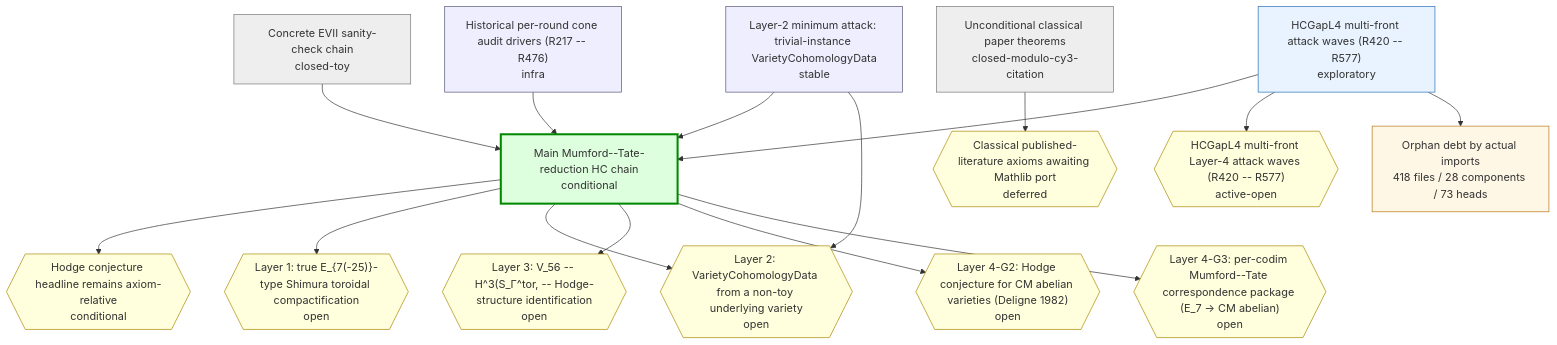
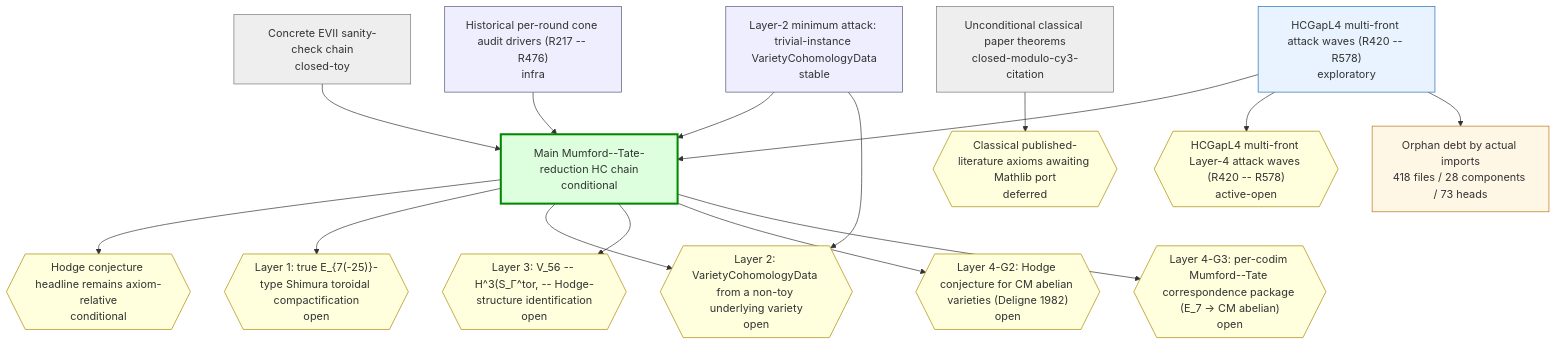
Before and after one commit to crabsatellite/hodge-conjecture-lean4-formalization: the first of 2 diagrams in chain-status/research-map.md, drawn with Mermaid. The commit also changed other lines of this file and 7 other files, not shown here.

````diff
--- a/chain-status/research-map.md
+++ b/chain-status/research-map.md
@@ -45,44 +45,44 @@
 ```mermaid
 graph TD
   classDef main fill:#dfd,stroke:#080,stroke-width:3px
   classDef active fill:#e8f3ff,stroke:#2670b8
   classDef support fill:#eef,stroke:#557
   classDef closed fill:#eee,stroke:#777
   classDef dead fill:#fdd,stroke:#a00,stroke-width:2px
   classDef gapOpen fill:#ffd,stroke:#a80
   classDef gapClosed fill:#eee,stroke:#777
   classDef gapDead fill:#fdd,stroke:#a00
   classDef debt fill:#fff7e6,stroke:#b87514
   classDef debtTaxonomy fill:#e8f3ff,stroke:#2670b8,stroke-dasharray:3 3
   classDef debtRule fill:#eefbea,stroke:#398439,stroke-dasharray:3 3
   classDef debtDead fill:#fdd,stroke:#a00,stroke-dasharray:3 3
   chain_main_hc_axiom_relative["Main Mumford--Tate-reduction HC chain\nconditional"]:::main
   chain_unconditional_classical["Unconditional classical paper theorems\nclosed-modulo-cy3-citation"]:::closed
   chain_hcgap_l2_trivial_instances["Layer-2 minimum attack: trivial-instance VarietyCohomologyData\nstable"]:::support
-  chain_hcgap_l4_multifront_active["HCGapL4 multi-front attack waves (R420 -- R577)\nexploratory"]:::active
+  chain_hcgap_l4_multifront_active["HCGapL4 multi-front attack waves (R420 -- R578)\nexploratory"]:::active
   chain_concrete_evii_toy["Concrete EVII sanity-check chain\nclosed-toy"]:::closed
   chain_historical_cone_audits["Historical per-round cone audit drivers (R217 -- R476)\ninfra"]:::support
   gap_G_main_hc{{"Hodge conjecture headline remains axiom-relative\nconditional"}}:::gapOpen
   gap_G_l1_e7_shimura_tor{{"Layer 1: true E_{7(-25)}-type Shimura toroidal compactification\nopen"}}:::gapOpen
   gap_G_l2_cohomology_construction{{"Layer 2: VarietyCohomologyData from a non-toy underlying variety\nopen"}}:::gapOpen
   gap_G_l3_v56_mt_identification{{"Layer 3: V_56 -- H^3(S_Γ^tor, -- Hodge-structure identification\nopen"}}:::gapOpen
   gap_G_l4_cm_abelian_hc{{"Layer 4-G2: Hodge conjecture for CM abelian varieties (Deligne 1982)\nopen"}}:::gapOpen
   gap_G_l4_mt_correspondence{{"Layer 4-G3: per-codim Mumford--Tate correspondence package (E_7 -> CM abelian)\nopen"}}:::gapOpen
   gap_G_classical_mathlib_port{{"Classical published-literature axioms awaiting Mathlib port\ndeferred"}}:::gapOpen
-  gap_G_hcgap_l4_multifront{{"HCGapL4 multi-front Layer-4 attack waves (R420 -- R577)\nactive-open"}}:::gapOpen
+  gap_G_hcgap_l4_multifront{{"HCGapL4 multi-front Layer-4 attack waves (R420 -- R578)\nactive-open"}}:::gapOpen
   chain_main_hc_axiom_relative --> gap_G_main_hc
   chain_main_hc_axiom_relative --> gap_G_l1_e7_shimura_tor
   chain_main_hc_axiom_relative --> gap_G_l2_cohomology_construction
   chain_main_hc_axiom_relative --> gap_G_l3_v56_mt_identification
   chain_main_hc_axiom_relative --> gap_G_l4_cm_abelian_hc
   chain_main_hc_axiom_relative --> gap_G_l4_mt_correspondence
   chain_unconditional_classical --> gap_G_classical_mathlib_port
   chain_hcgap_l2_trivial_instances --> chain_main_hc_axiom_relative
   chain_hcgap_l2_trivial_instances --> gap_G_l2_cohomology_construction
   chain_hcgap_l4_multifront_active --> chain_main_hc_axiom_relative
   chain_hcgap_l4_multifront_active --> gap_G_hcgap_l4_multifront
   chain_concrete_evii_toy --> chain_main_hc_axiom_relative
   chain_historical_cone_audits --> chain_main_hc_axiom_relative
   debt_all["Orphan debt by actual imports\n418 files / 28 components / 73 heads"]:::debt
   chain_hcgap_l4_multifront_active --> debt_all
 ```
````
